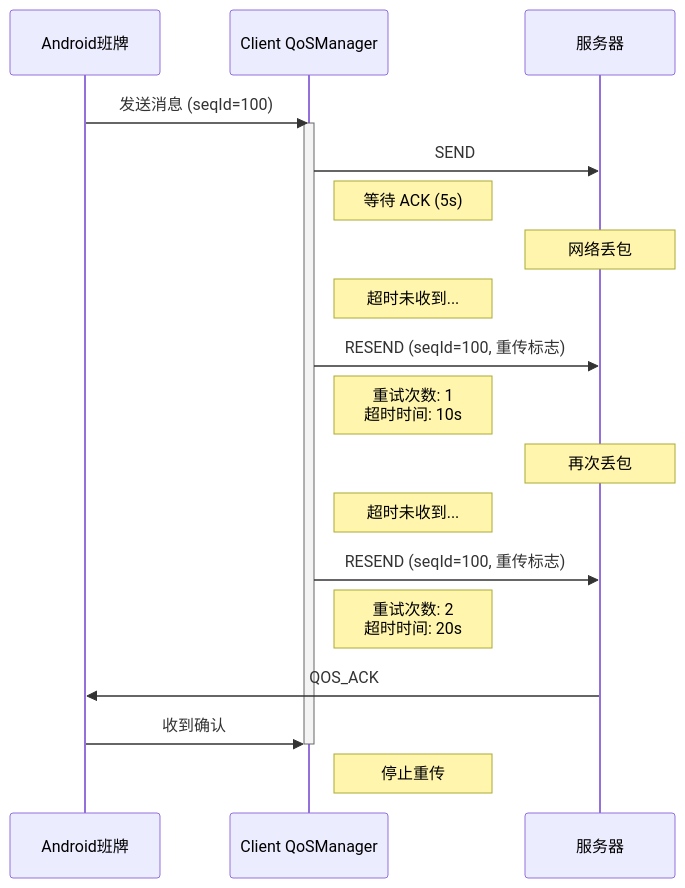
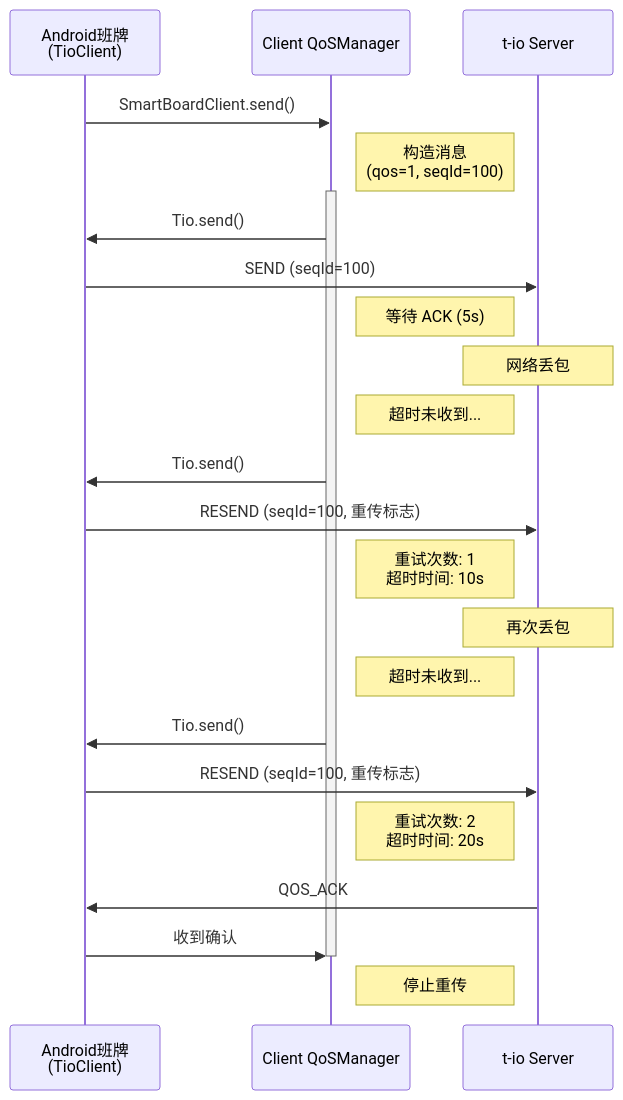
One commit to sunjieyi60/lab-system changed the sixth of 6 diagrams in tio-protocol/USAGE_GUIDE.md. Above: the diagram before and after it, drawn with Mermaid. The commit also changed other lines of this file and 14 other files, not shown here.

````diff
--- a/tio-protocol/USAGE_GUIDE.md
+++ b/tio-protocol/USAGE_GUIDE.md
@@ -638,29 +949,33 @@
 ```mermaid
 sequenceDiagram
-    participant A as Android班牌
+    participant A as Android班牌<br/>(TioClient)
     participant QC as Client QoSManager
-    participant S as 服务器
+    participant S as t-io Server
     
-    A->>QC: 发送消息 (seqId=100)
+    A->>QC: SmartBoardClient.send()
+    Note right of QC: 构造消息<br/>(qos=1, seqId=100)
+    
     activate QC
-    
-    QC->>S: SEND
+    QC->>A: Tio.send()
+    A->>S: SEND (seqId=100)
     Note right of QC: 等待 ACK (5s)
     
     Note over S: 网络丢包
     
     Note right of QC: 超时未收到...
-    QC->>S: RESEND (seqId=100, 重传标志)
+    QC->>A: Tio.send()
+    A->>S: RESEND (seqId=100, 重传标志)
     Note right of QC: 重试次数: 1<br/>超时时间: 10s
     
     Note over S: 再次丢包
     
     Note right of QC: 超时未收到...
-    QC->>S: RESEND (seqId=100, 重传标志)
+    QC->>A: Tio.send()
+    A->>S: RESEND (seqId=100, 重传标志)
     Note right of QC: 重试次数: 2<br/>超时时间: 20s
     
     S->>A: QOS_ACK
     A->>QC: 收到确认
     deactivate QC
     Note right of QC: 停止重传
 ```
````
